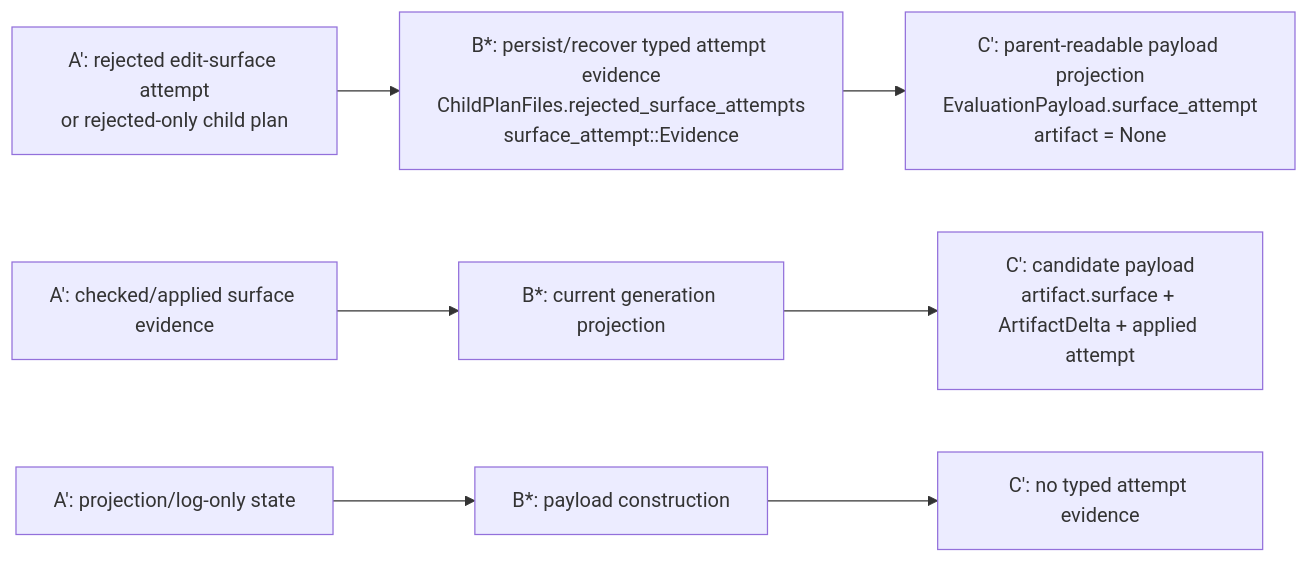
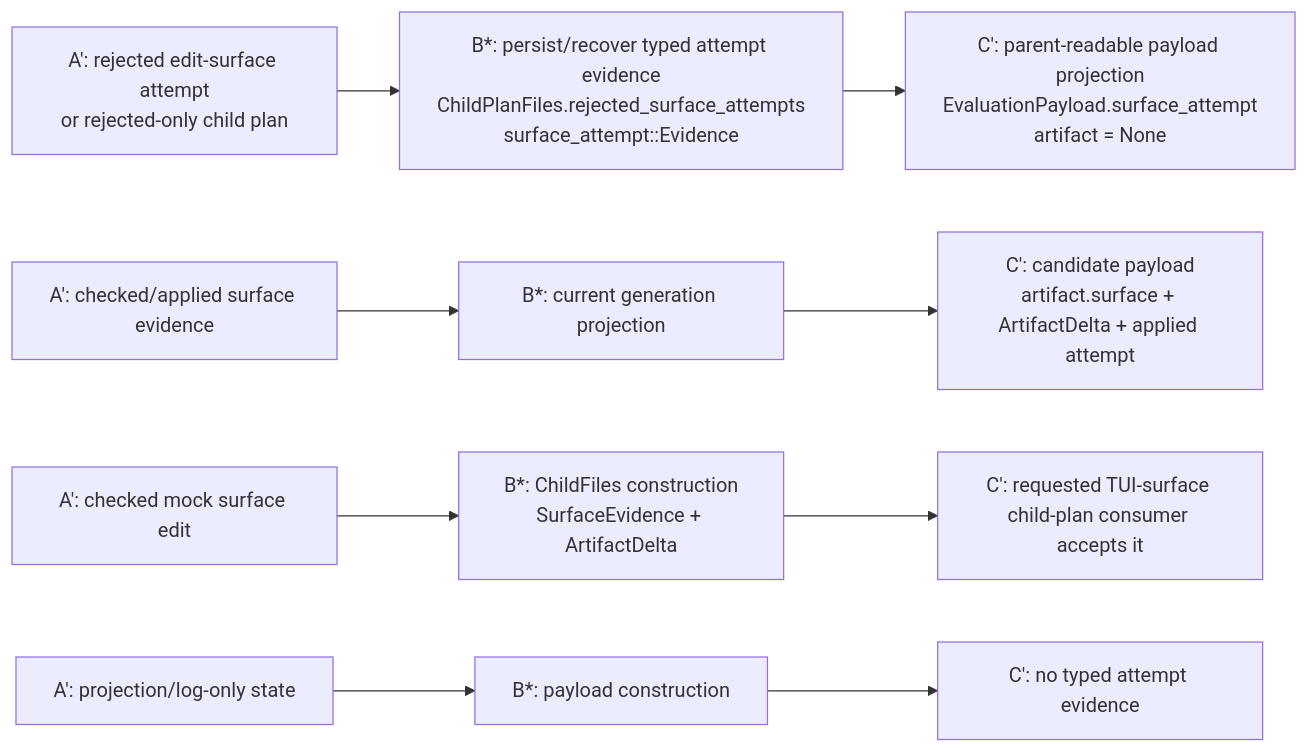
The diagram in docs/workflow/evalnomicon/drafts/2026-05-08-bounded-edit-surface-proof-index.md (josephleblanc/ploke), drawn with Mermaid before and after one commit. The commit also changed other lines of this file and 16 other files, not shown here.

````diff
--- a/docs/workflow/evalnomicon/drafts/2026-05-08-bounded-edit-surface-proof-index.md
+++ b/docs/workflow/evalnomicon/drafts/2026-05-08-bounded-edit-surface-proof-index.md
@@ -109,18 +109,23 @@
 ```mermaid
 flowchart LR
     A1["A': rejected edit-surface attempt<br/>or rejected-only child plan"]
     B1["B*: persist/recover typed attempt evidence<br/>ChildPlanFiles.rejected_surface_attempts<br/>surface_attempt::Evidence"]
     C1["C': parent-readable payload projection<br/>EvaluationPayload.surface_attempt<br/>artifact = None"]
 
     A2["A': checked/applied surface evidence"]
     B2["B*: current generation projection"]
     C2["C': candidate payload<br/>artifact.surface + ArtifactDelta + applied attempt"]
 
+    A4["A': checked mock surface edit"]
+    B4["B*: ChildFiles construction<br/>SurfaceEvidence + ArtifactDelta"]
+    C4["C': requested TUI-surface child-plan consumer accepts it"]
+
     A3["A': projection/log-only state"]
     B3["B*: payload construction"]
     C3["C': no typed attempt evidence"]
 
     A1 --> B1 --> C1
     A2 --> B2 --> C2
+    A4 --> B4 --> C4
     A3 --> B3 --> C3
 ```
````
